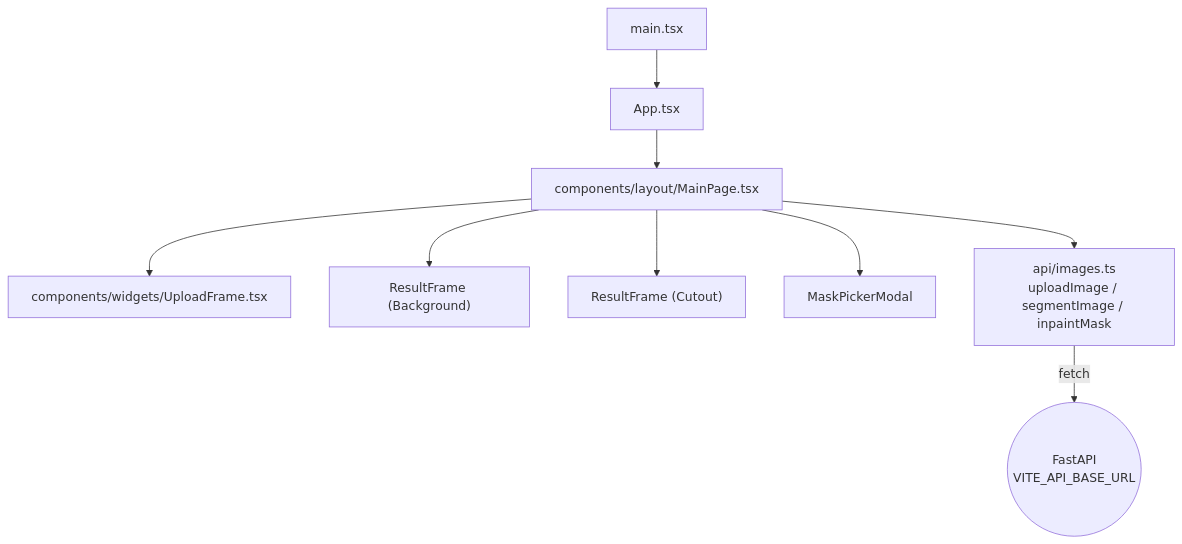
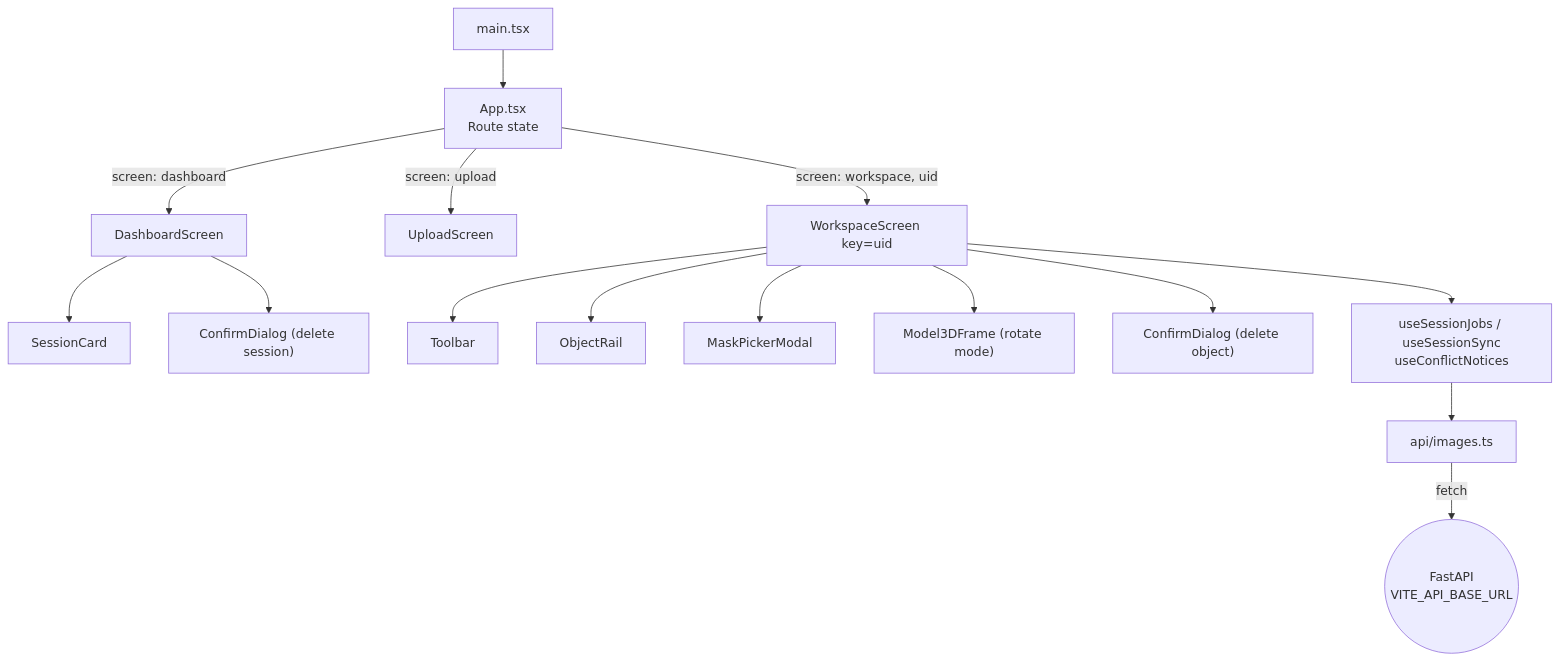
The diagram in docs/frontend/README.md (1mache/avroom), drawn with Mermaid before and after one commit. The commit also changed other lines of this file and 16 other files, not shown here.

````diff
--- a/docs/frontend/README.md
+++ b/docs/frontend/README.md
@@ -16,11 +18,17 @@
 ```mermaid
 flowchart TD
-    main["main.tsx"] --> App["App.tsx"]
-    App --> MainPage["components/layout/MainPage.tsx"]
-    MainPage --> UploadFrame["components/widgets/UploadFrame.tsx"]
-    MainPage --> ResultBg["ResultFrame (Background)"]
-    MainPage --> ResultCo["ResultFrame (Cutout)"]
-    MainPage --> MaskPicker["MaskPickerModal"]
-    MainPage --> apiImages["api/images.ts<br/>uploadImage / segmentImage / inpaintMask"]
+    main["main.tsx"] --> App["App.tsx<br/>Route state"]
+    App -->|screen: dashboard| Dashboard["DashboardScreen"]
+    App -->|screen: upload| Upload["UploadScreen"]
+    App -->|screen: workspace, uid| Workspace["WorkspaceScreen key=uid"]
+    Dashboard --> SessionCard["SessionCard"]
+    Dashboard --> ConfirmDialogD["ConfirmDialog (delete session)"]
+    Workspace --> Toolbar["Toolbar"]
+    Workspace --> ObjectRail["ObjectRail"]
+    Workspace --> MaskPickerModal["MaskPickerModal"]
+    Workspace --> Model3DFrame["Model3DFrame (rotate mode)"]
+    Workspace --> ConfirmDialogO["ConfirmDialog (delete object)"]
+    Workspace --> hooks["useSessionJobs / useSessionSync<br/>useConflictNotices"]
+    hooks --> apiImages["api/images.ts"]
     apiImages -->|fetch| Backend(("FastAPI<br/>VITE_API_BASE_URL"))
 ```
````
